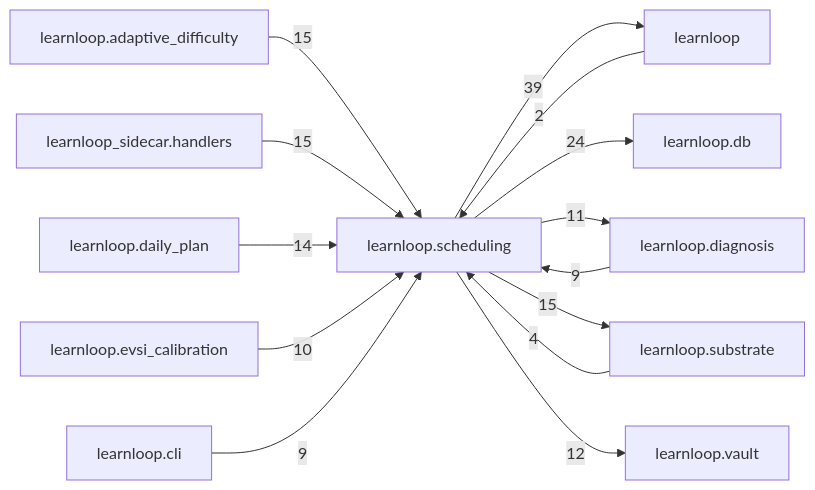
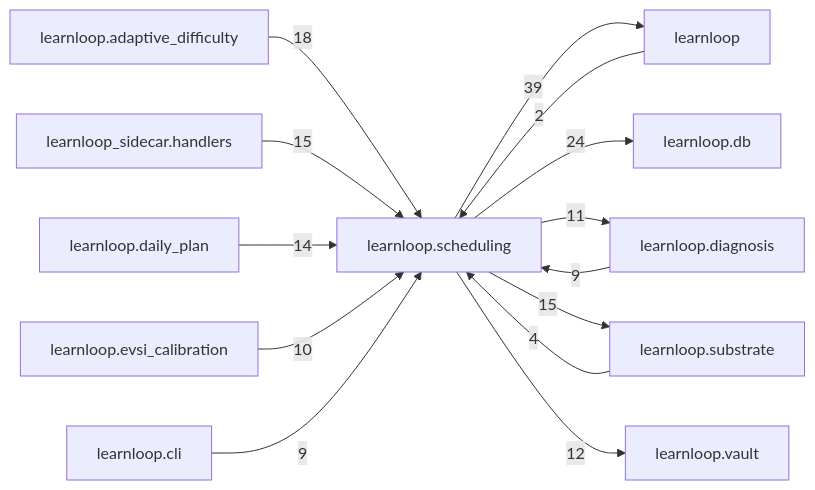
The diagram in docs/learnloop-architecture-vault/Reference/Modules/learnloop/scheduling/_package.md (6up-b/learnanything), drawn with Mermaid before and after one commit. The commit also changed other lines of this file and 81 other files, not shown here.

````diff
--- a/docs/learnloop-architecture-vault/Reference/Modules/learnloop/scheduling/_package.md
+++ b/docs/learnloop-architecture-vault/Reference/Modules/learnloop/scheduling/_package.md
@@ -174,27 +174,27 @@
 ```mermaid
 flowchart LR
     center["learnloop.scheduling"]
     n_learnloop["learnloop"]
     n_learnloop_db["learnloop.db"]
     n_learnloop_diagnosis["learnloop.diagnosis"]
     n_learnloop_substrate["learnloop.substrate"]
     n_learnloop_adaptive_difficulty["learnloop.adaptive_difficulty"]
     n_learnloop_sidecar_handlers["learnloop_sidecar.handlers"]
     n_learnloop_daily_plan["learnloop.daily_plan"]
     n_learnloop_vault["learnloop.vault"]
     n_learnloop_evsi_calibration["learnloop.evsi_calibration"]
     n_learnloop_cli["learnloop.cli"]
     n_learnloop -->|2| center
     center -->|39| n_learnloop
     center -->|24| n_learnloop_db
     n_learnloop_diagnosis -->|9| center
     center -->|11| n_learnloop_diagnosis
     n_learnloop_substrate -->|4| center
     center -->|15| n_learnloop_substrate
-    n_learnloop_adaptive_difficulty -->|15| center
+    n_learnloop_adaptive_difficulty -->|18| center
     n_learnloop_sidecar_handlers -->|15| center
     n_learnloop_daily_plan -->|14| center
     center -->|12| n_learnloop_vault
     n_learnloop_evsi_calibration -->|10| center
     n_learnloop_cli -->|9| center
 ```
````
